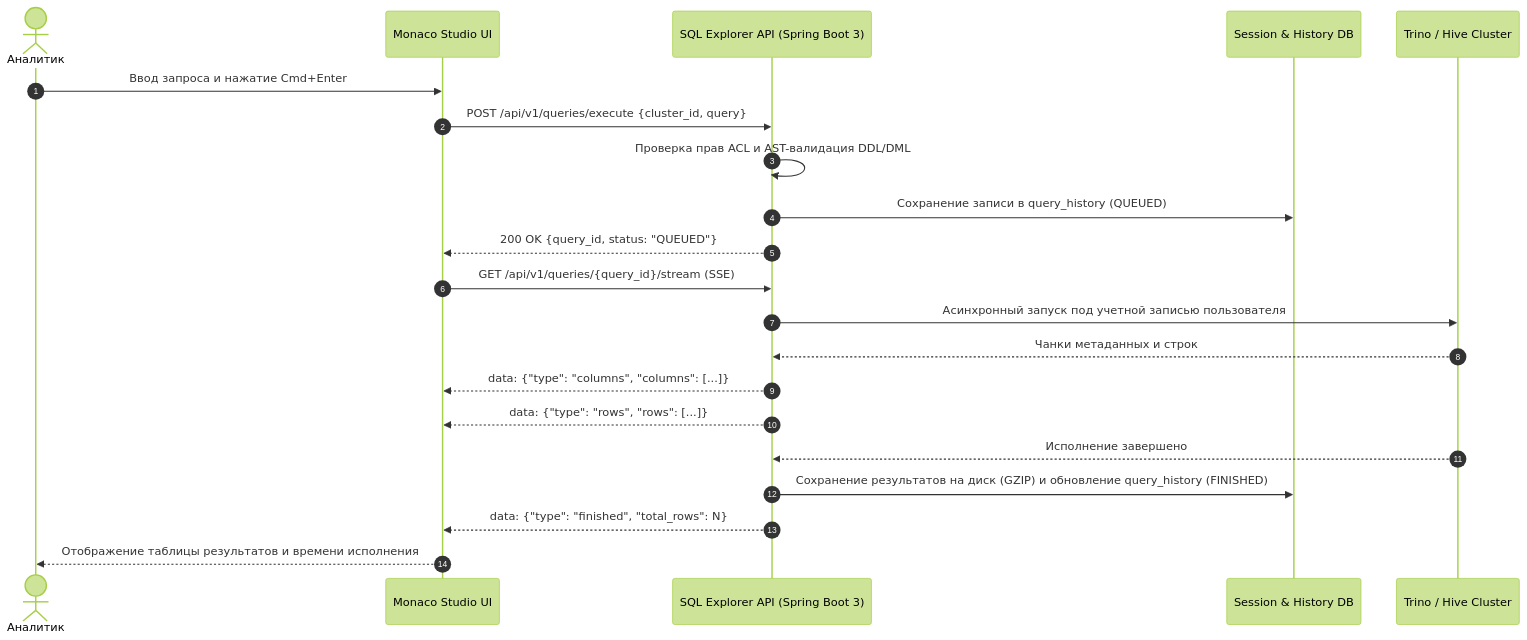
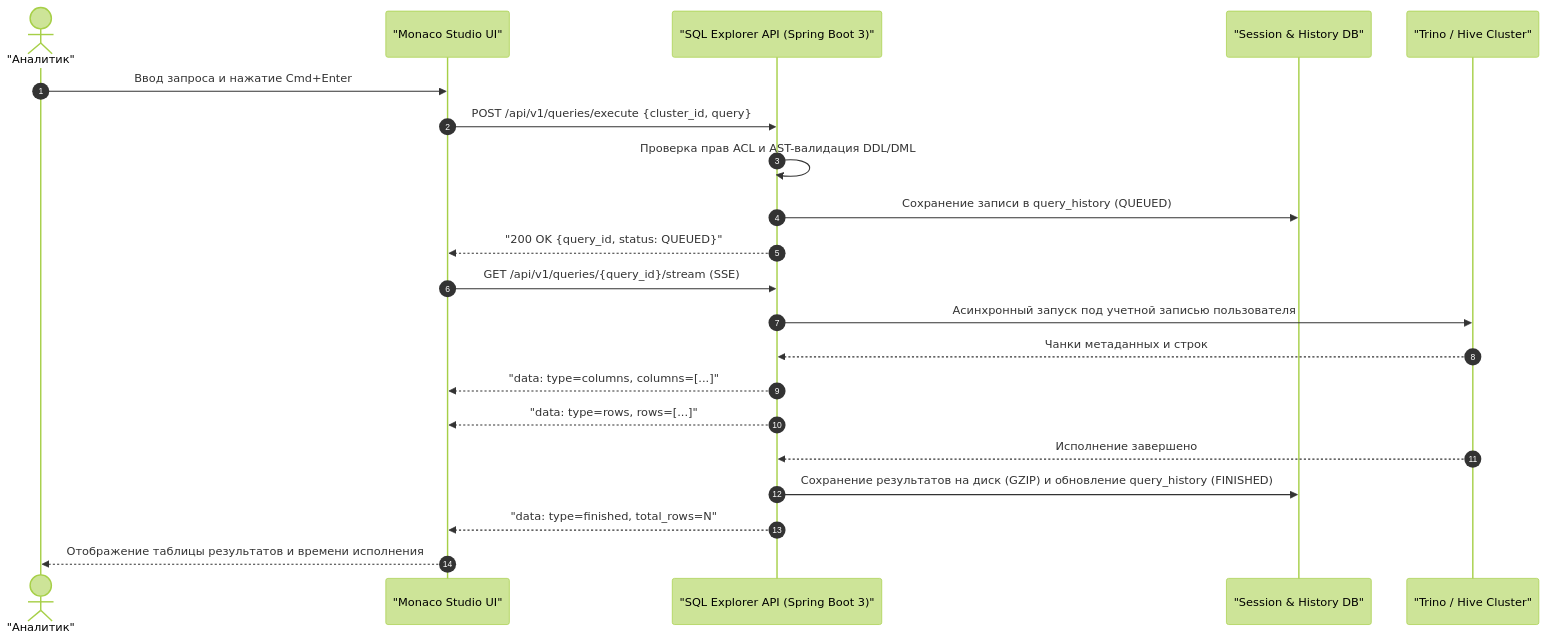
Before and after one commit to balookrd/hadoop-explorer: the second of 2 diagrams in docs/sql-user-guide.md, drawn with Mermaid (forest theme). The commit also changed other lines of this file and 6 other files, not shown here.

Commit message:
docs: fix Mermaid diagram syntax and quote link labels for GitHub rendering

````diff
--- a/docs/sql-user-guide.md
+++ b/docs/sql-user-guide.md
@@ -70,25 +70,25 @@
 ```mermaid
 sequenceDiagram
     autonumber
-    actor U as Аналитик
-    participant UI as Monaco Studio UI
-    participant BE as SQL Explorer API (Spring Boot 3)
-    participant DB as Session & History DB
-    participant ENG as Trino / Hive Cluster
+    actor U as "Аналитик"
+    participant UI as "Monaco Studio UI"
+    participant BE as "SQL Explorer API (Spring Boot 3)"
+    participant DB as "Session & History DB"
+    participant ENG as "Trino / Hive Cluster"
 
     U->>UI: Ввод запроса и нажатие Cmd+Enter
     UI->>BE: POST /api/v1/queries/execute {cluster_id, query}
     BE->>BE: Проверка прав ACL и AST-валидация DDL/DML
     BE->>DB: Сохранение записи в query_history (QUEUED)
-    BE-->>UI: 200 OK {query_id, status: "QUEUED"}
+    BE-->>UI: "200 OK {query_id, status: QUEUED}"
 
     UI->>BE: GET /api/v1/queries/{query_id}/stream (SSE)
     BE->>ENG: Асинхронный запуск под учетной записью пользователя
     ENG-->>BE: Чанки метаданных и строк
-    BE-->>UI: data: {"type": "columns", "columns": [...]}
-    BE-->>UI: data: {"type": "rows", "rows": [...]}
+    BE-->>UI: "data: type=columns, columns=[...]"
+    BE-->>UI: "data: type=rows, rows=[...]"
     ENG-->>BE: Исполнение завершено
     BE->>DB: Сохранение результатов на диск (GZIP) и обновление query_history (FINISHED)
-    BE-->>UI: data: {"type": "finished", "total_rows": N}
+    BE-->>UI: "data: type=finished, total_rows=N"
     UI-->>U: Отображение таблицы результатов и времени исполнения
 ```
````
